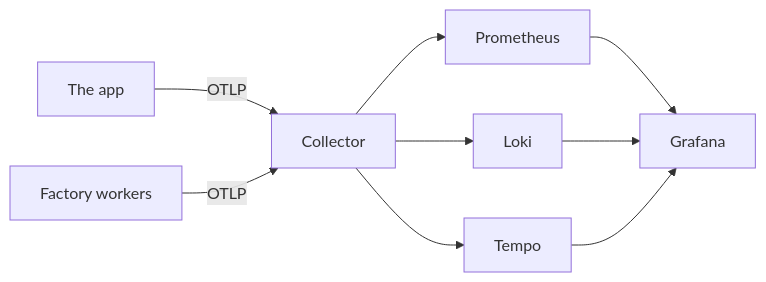
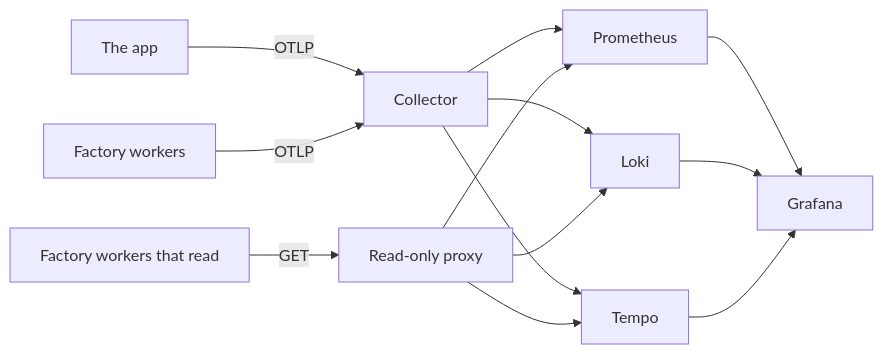
One commit to mrogan/cv-software-factory changed the diagram in docs/COMPONENTS/TELEMETRY.md. Above: the diagram before and after it, drawn with Mermaid. The commit also changed other lines of this file and 16 other files, not shown here.

First line of the commit message:
fix(deploy): have the factory read telemetry through a read-only proxy (#351)

````diff
--- a/docs/COMPONENTS/TELEMETRY.md
+++ b/docs/COMPONENTS/TELEMETRY.md
@@ -8,9 +8,11 @@
 ```mermaid
 flowchart LR
   app[The app] -- OTLP --> collector[Collector]
   workers[Factory workers] -- OTLP --> collector
   collector --> prometheus[Prometheus]
   collector --> loki[Loki]
   collector --> tempo[Tempo]
   prometheus & loki & tempo --> grafana[Grafana]
+  readers[Factory workers that read] -- GET --> query[Read-only proxy]
+  query --> prometheus & loki & tempo
 ```
````
